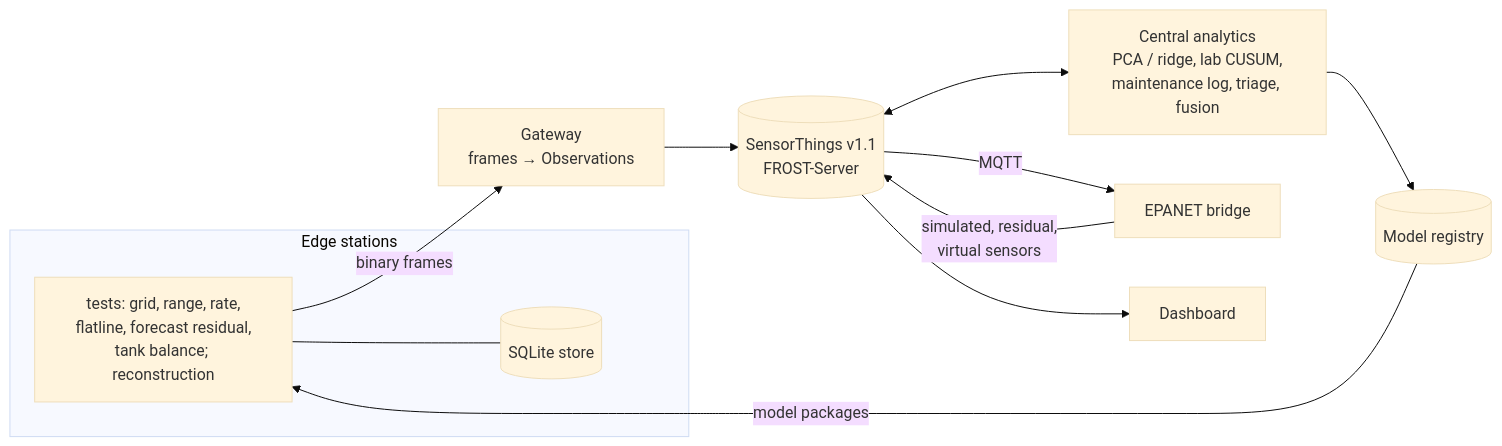
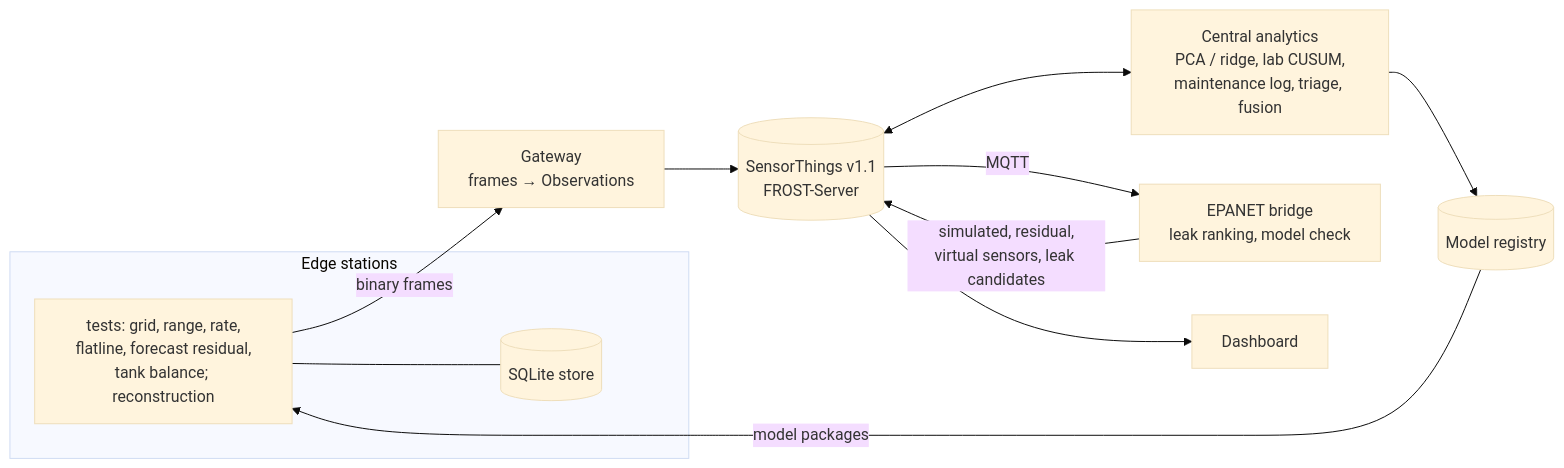
The diagram in README.md (SyedTahirHussan/wds-edge-cloud), drawn with Mermaid (base theme) before and after one commit. The commit also changed other lines of this file and 12 other files, not shown here.

````diff
--- a/README.md
+++ b/README.md
@@ -43,19 +45,19 @@
 ```mermaid
 flowchart LR
   subgraph ST["Edge stations"]
     V["tests: grid, range, rate,<br/>flatline, forecast residual,<br/>tank balance; reconstruction"]
     L[("SQLite store")]
     V --- L
   end
   G["Gateway<br/>frames → Observations"]
   S[("SensorThings v1.1<br/>FROST-Server")]
   C["Central analytics<br/>PCA / ridge, lab CUSUM,<br/>maintenance log, triage, fusion"]
-  T["EPANET bridge"]
+  T["EPANET bridge<br/>leak ranking, model check"]
   R[("Model registry")]
   D["Dashboard"]
   V -- "binary frames" --> G --> S
   S <--> C
-  S -- MQTT --> T -- "simulated, residual,<br/>virtual sensors" --> S
+  S -- MQTT --> T -- "simulated, residual,<br/>virtual sensors, leak candidates" --> S
   C --> R -- "model packages" --> V
   S --> D
 ```
````
